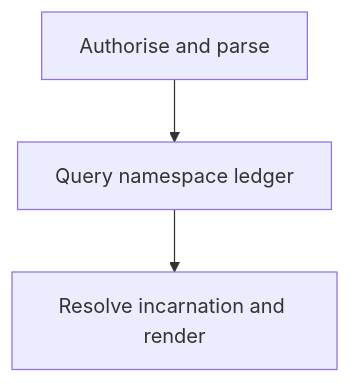
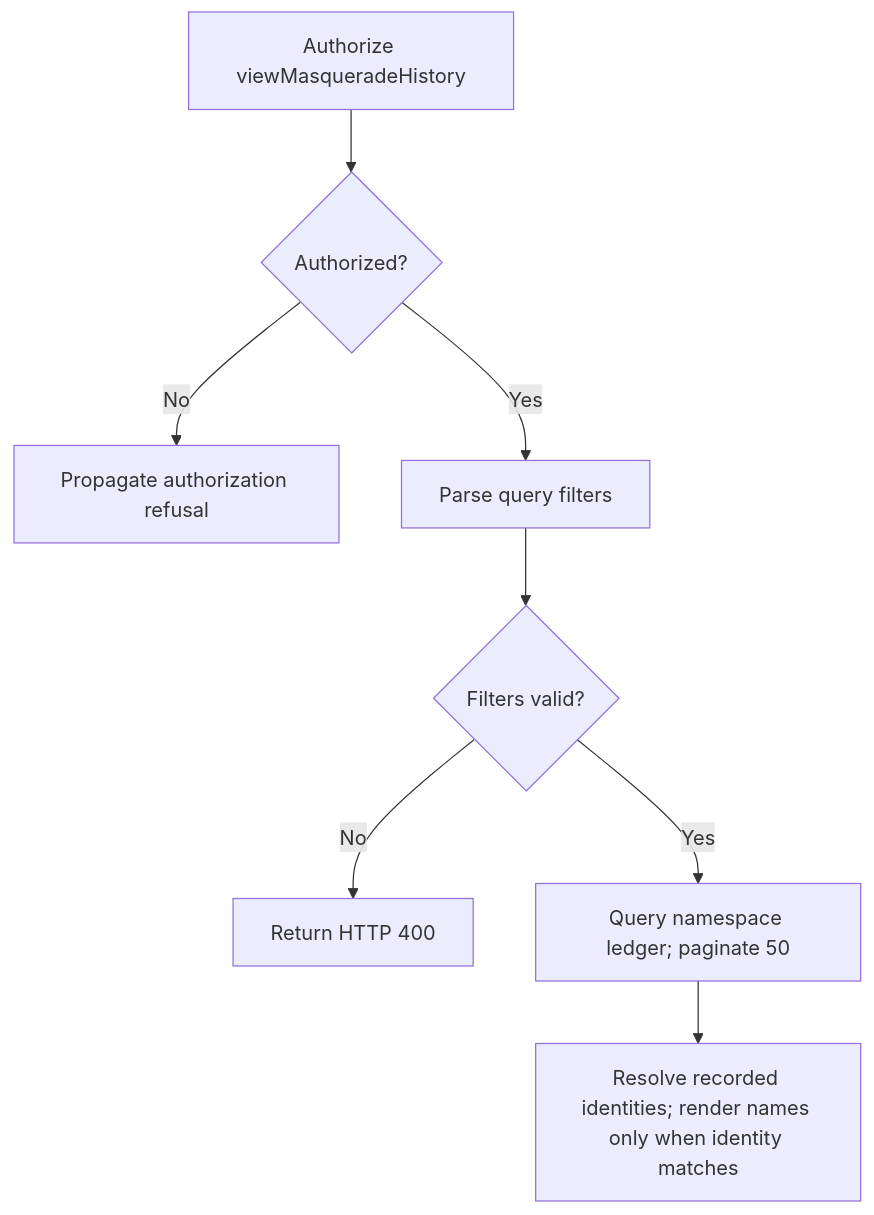
One commit to Kevinjohn/oss-adonisjs-masquerade changed the second of 2 diagrams in user-stories/audit-business-work/us-audit-03-review-transition-history.md. Above: the diagram before and after it, drawn with Mermaid. The commit also changed other lines of this file and 22 other files, not shown here.

Commit message:
docs: verify user story paths and Mermaid flows against implementation

````diff
--- a/user-stories/audit-business-work/us-audit-03-review-transition-history.md
+++ b/user-stories/audit-business-work/us-audit-03-review-transition-history.md
@@ -28,5 +30,10 @@
 ```mermaid
 flowchart TD
-    A["Authorise and parse"] --> B["Query namespace ledger"]
-    B["Query namespace ledger"] --> C["Resolve incarnation and render"]
+    A["Authorize viewMasqueradeHistory"] --> Q{"Authorized?"}
+    Q -->|No| R["Propagate authorization refusal"]
+    Q -->|Yes| P["Parse query filters"]
+    P --> S{"Filters valid?"}
+    S -->|No| T["Return HTTP 400"]
+    S -->|Yes| B["Query namespace ledger; paginate 50"]
+    B --> C["Resolve recorded identities; render names only when identity matches"]
 ```
````
